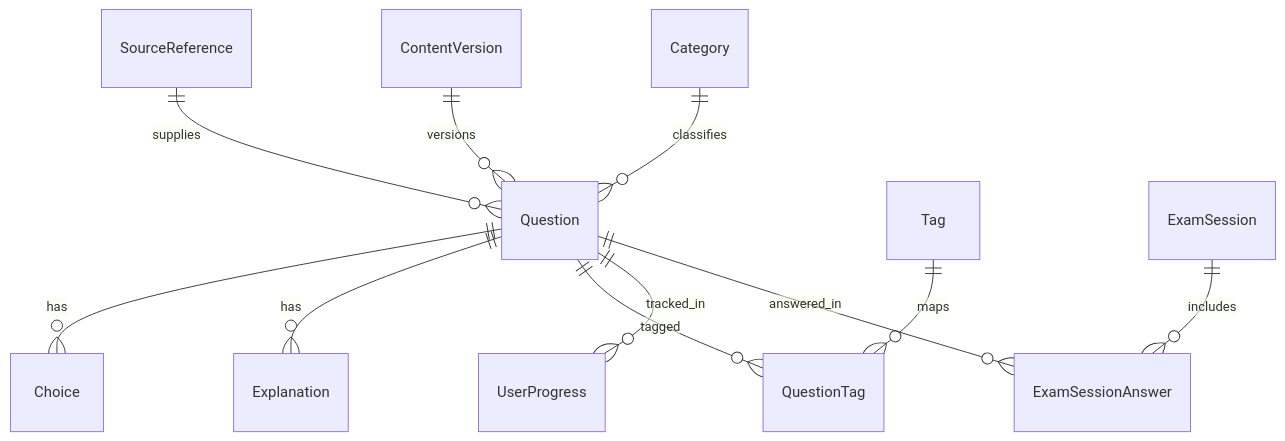
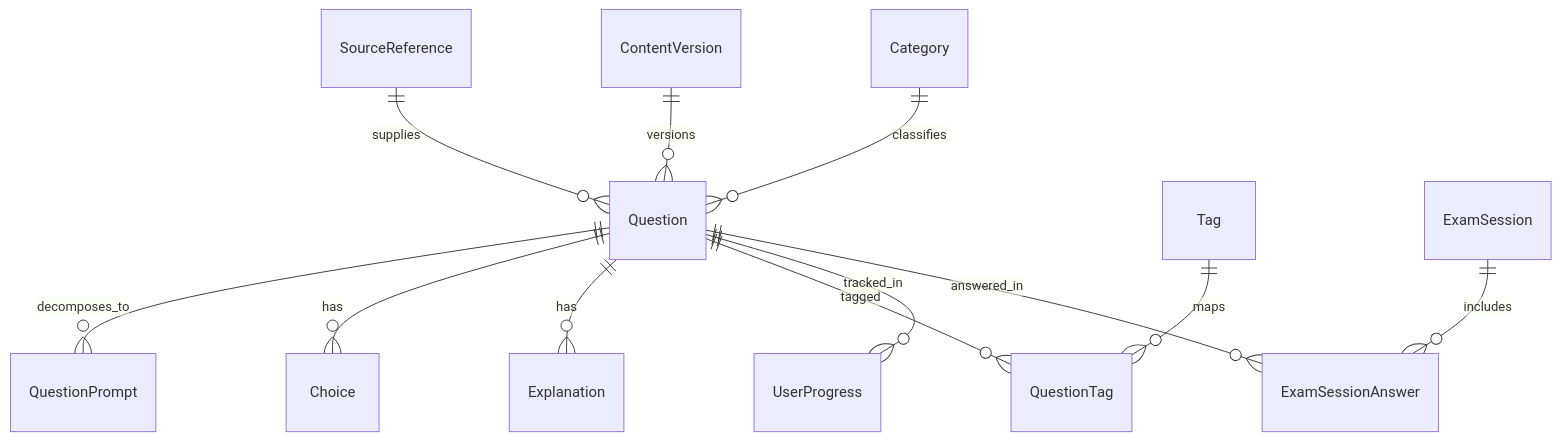
The diagram in docs/data-schema.md (waon910/PassDrive), drawn with Mermaid before and after one commit. The commit also changed other lines of this file and 30 other files, not shown here.

````diff
--- a/docs/data-schema.md
+++ b/docs/data-schema.md
@@ -20,13 +20,14 @@
 ```mermaid
 erDiagram
     SourceReference ||--o{ Question : supplies
     ContentVersion ||--o{ Question : versions
     Category ||--o{ Question : classifies
+    Question ||--o{ QuestionPrompt : decomposes_to
     Question ||--o{ Choice : has
     Question ||--o{ Explanation : has
     Question ||--o{ QuestionTag : tagged
     Tag ||--o{ QuestionTag : maps
     Question ||--o{ UserProgress : tracked_in
     ExamSession ||--o{ ExamSessionAnswer : includes
     Question ||--o{ ExamSessionAnswer : answered_in
 ```
````
